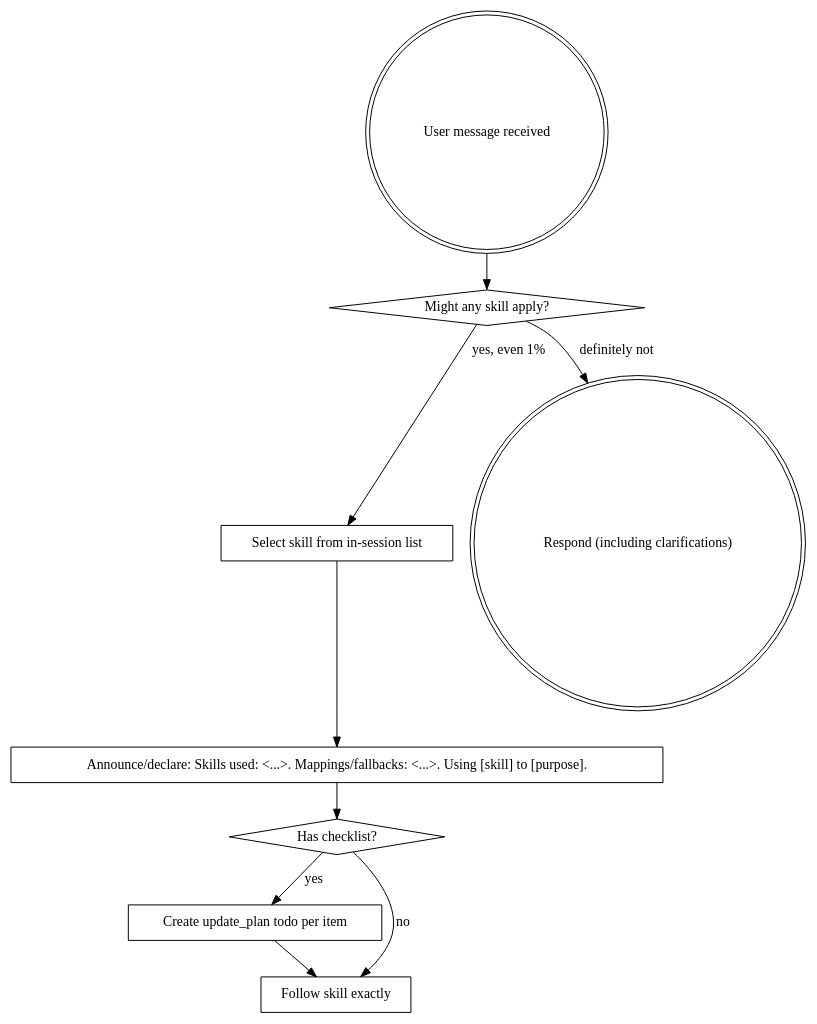
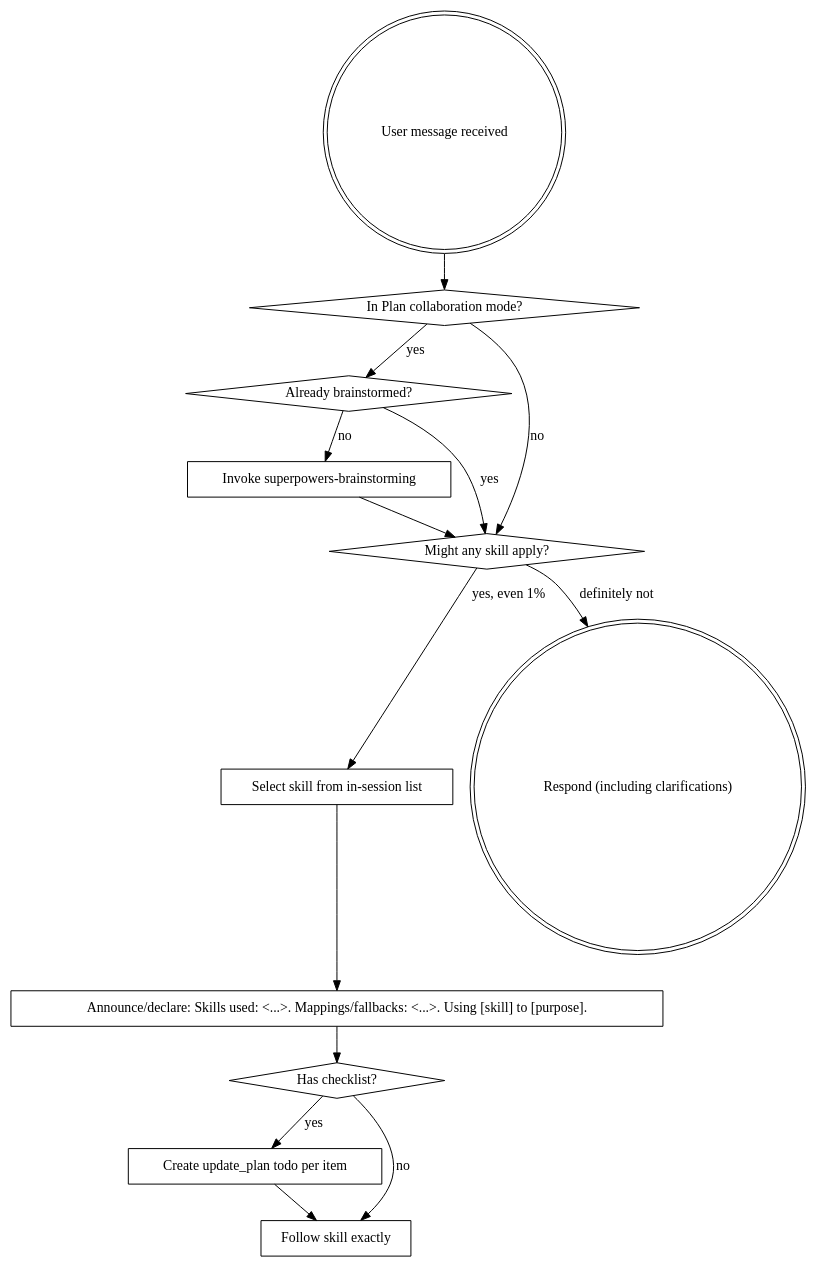
Before and after one commit to fwenger/superpowers: the diagram in migration/.codex/skills/using-superpowers/SKILL.md, drawn with Graphviz. The commit also changed other lines of this file and 3 other files, not shown here.

````diff
--- a/migration/.codex/skills/using-superpowers/SKILL.md
+++ b/migration/.codex/skills/using-superpowers/SKILL.md
@@ -32,21 +33,29 @@
 ```dot
 digraph skill_flow {
     "User message received" [shape=doublecircle];
+    "In Plan collaboration mode?" [shape=diamond];
+    "Already brainstormed?" [shape=diamond];
+    "Invoke superpowers-brainstorming" [shape=box];
     "Might any skill apply?" [shape=diamond];
     "Select skill from in-session list" [shape=box];
     "Announce/declare: Skills used: <...>. Mappings/fallbacks: <...>. Using [skill] to [purpose]." [shape=box];
     "Has checklist?" [shape=diamond];
     "Create update_plan todo per item" [shape=box];
     "Follow skill exactly" [shape=box];
     "Respond (including clarifications)" [shape=doublecircle];
 
-    "User message received" -> "Might any skill apply?";
+    "User message received" -> "In Plan collaboration mode?";
+    "In Plan collaboration mode?" -> "Already brainstormed?" [label="yes"];
+    "In Plan collaboration mode?" -> "Might any skill apply?" [label="no"];
+    "Already brainstormed?" -> "Invoke superpowers-brainstorming" [label="no"];
+    "Already brainstormed?" -> "Might any skill apply?" [label="yes"];
+    "Invoke superpowers-brainstorming" -> "Might any skill apply?";
     "Might any skill apply?" -> "Select skill from in-session list" [label="yes, even 1%"];
     "Might any skill apply?" -> "Respond (including clarifications)" [label="definitely not"];
     "Select skill from in-session list" -> "Announce/declare: Skills used: <...>. Mappings/fallbacks: <...>. Using [skill] to [purpose].";
     "Announce/declare: Skills used: <...>. Mappings/fallbacks: <...>. Using [skill] to [purpose]." -> "Has checklist?";
     "Has checklist?" -> "Create update_plan todo per item" [label="yes"];
     "Has checklist?" -> "Follow skill exactly" [label="no"];
     "Create update_plan todo per item" -> "Follow skill exactly";
 }
 ```
````
